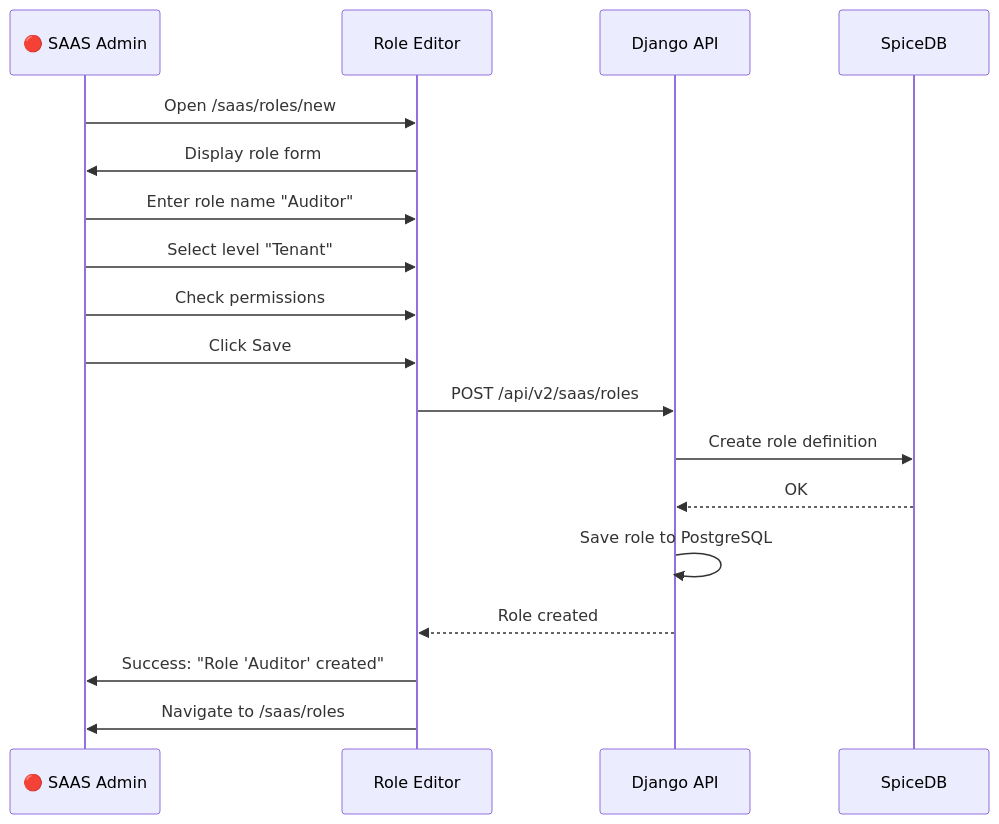
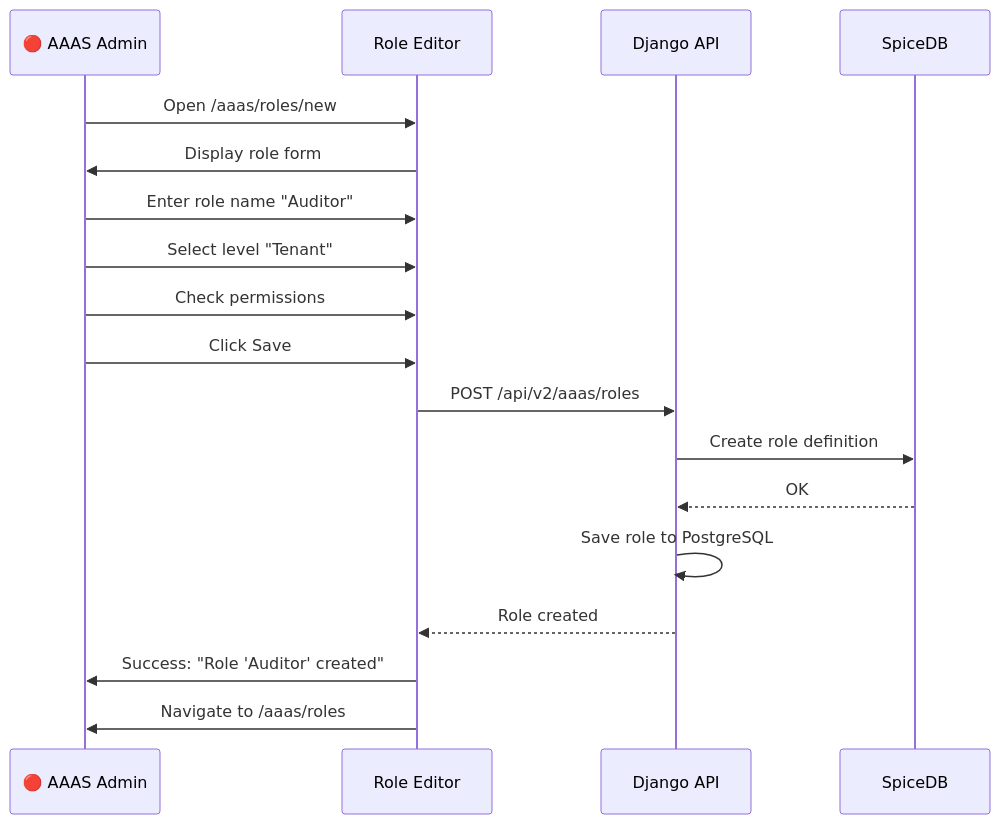
Before and after one commit to somatechlat/somaagent01: the second of 2 diagrams in docs/srs/SRS-PERMISSION-MATRIX.md, drawn with Mermaid. The commit also changed other lines of this file and 206 other files, not shown here.

````diff
--- a/docs/srs/SRS-PERMISSION-MATRIX.md
+++ b/docs/srs/SRS-PERMISSION-MATRIX.md
@@ -582,24 +582,24 @@
 ```mermaid
 sequenceDiagram
-    participant Admin as 🔴 SAAS Admin
+    participant Admin as 🔴 AAAS Admin
     participant UI as Role Editor
     participant API as Django API
     participant SpiceDB as SpiceDB
 
-    Admin->>UI: Open /saas/roles/new
+    Admin->>UI: Open /aaas/roles/new
     UI->>Admin: Display role form
 
     Admin->>UI: Enter role name "Auditor"
     Admin->>UI: Select level "Tenant"
     Admin->>UI: Check permissions
     Admin->>UI: Click Save
 
-    UI->>API: POST /api/v2/saas/roles
+    UI->>API: POST /api/v2/aaas/roles
     API->>SpiceDB: Create role definition
     SpiceDB-->>API: OK
     API->>API: Save role to PostgreSQL
     API-->>UI: Role created
 
     UI->>Admin: Success: "Role 'Auditor' created"
-    UI->>Admin: Navigate to /saas/roles
+    UI->>Admin: Navigate to /aaas/roles
 ```
````
